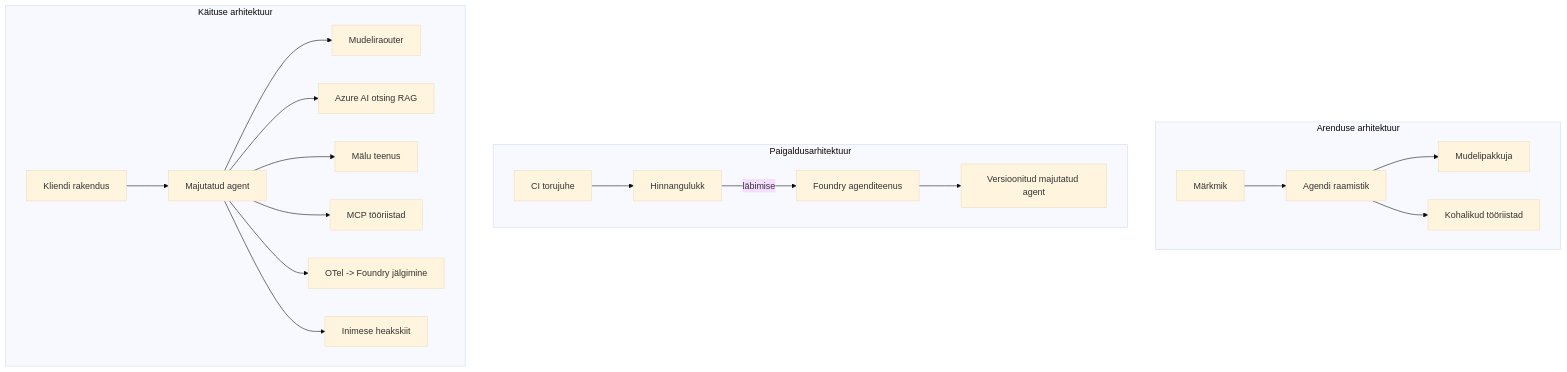
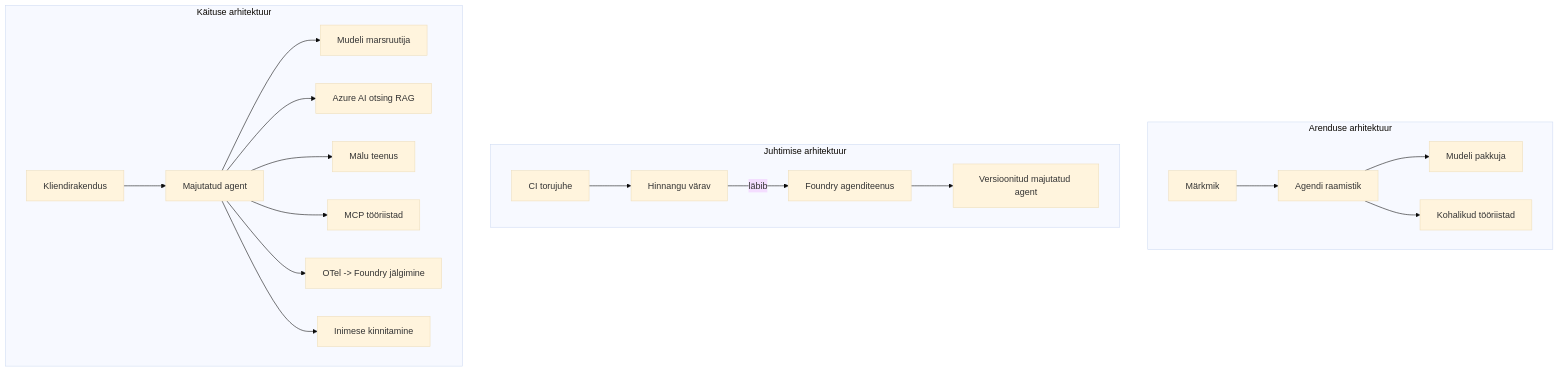
Before and after one commit to gabrielmoreira/agent-skills-mirror: the fourth of 4 diagrams in mirrors/repos/microsoft@ai-agents-for-beginners/translations/et/16-deploying-scalable-agents/README.md, drawn with Mermaid (base theme). The commit also changed other lines of this file and 4262 other files, not shown here.

````diff
--- a/mirrors/repos/microsoft@ai-agents-for-beginners/translations/et/16-deploying-scalable-agents/README.md
+++ b/mirrors/repos/microsoft@ai-agents-for-beginners/translations/et/16-deploying-scalable-agents/README.md
@@ -185,22 +185,22 @@
 ```mermaid
 flowchart TB
     subgraph Dev[Arenduse arhitektuur]
         D1[Märkmik] --> D2[Agendi raamistik]
-        D2 --> D3[Mudelipakkuja]
+        D2 --> D3[Mudeli pakkuja]
         D2 --> D4[Kohalikud tööriistad]
     end
-    subgraph Deploy[Paigaldusarhitektuur]
-        E1[CI torujuhe] --> E2[Hinnangulukk]
-        E2 -->|läbimise| E3[Foundry agenditeenus]
+    subgraph Deploy[Juhtimise arhitektuur]
+        E1[CI torujuhe] --> E2[Hinnangu värav]
+        E2 -->|läbib| E3[Foundry agenditeenus]
         E3 --> E4[Versioonitud majutatud agent]
     end
     subgraph Run[Käituse arhitektuur]
-        F1[Kliendi rakendus] --> F2[Majutatud agent]
-        F2 --> F3[Mudeliraouter]
+        F1[Kliendirakendus] --> F2[Majutatud agent]
+        F2 --> F3[Mudeli marsruutija]
         F2 --> F4[Azure AI otsing RAG]
         F2 --> F5[Mälu teenus]
         F2 --> F6[MCP tööriistad]
         F2 --> F7[OTel -> Foundry jälgimine]
-        F2 --> F8[Inimese heakskiit]
+        F2 --> F8[Inimese kinnitamine]
     end
 ```
````
